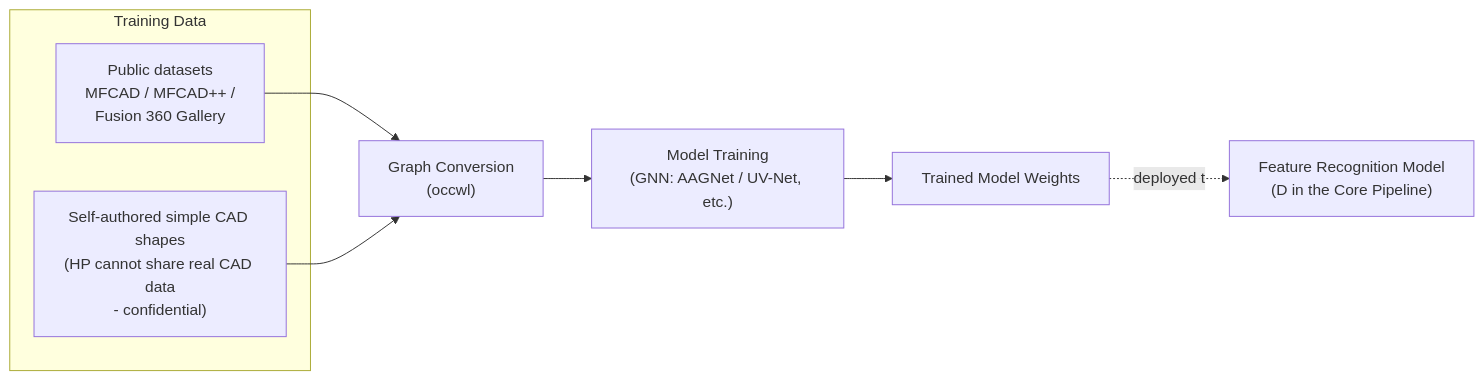
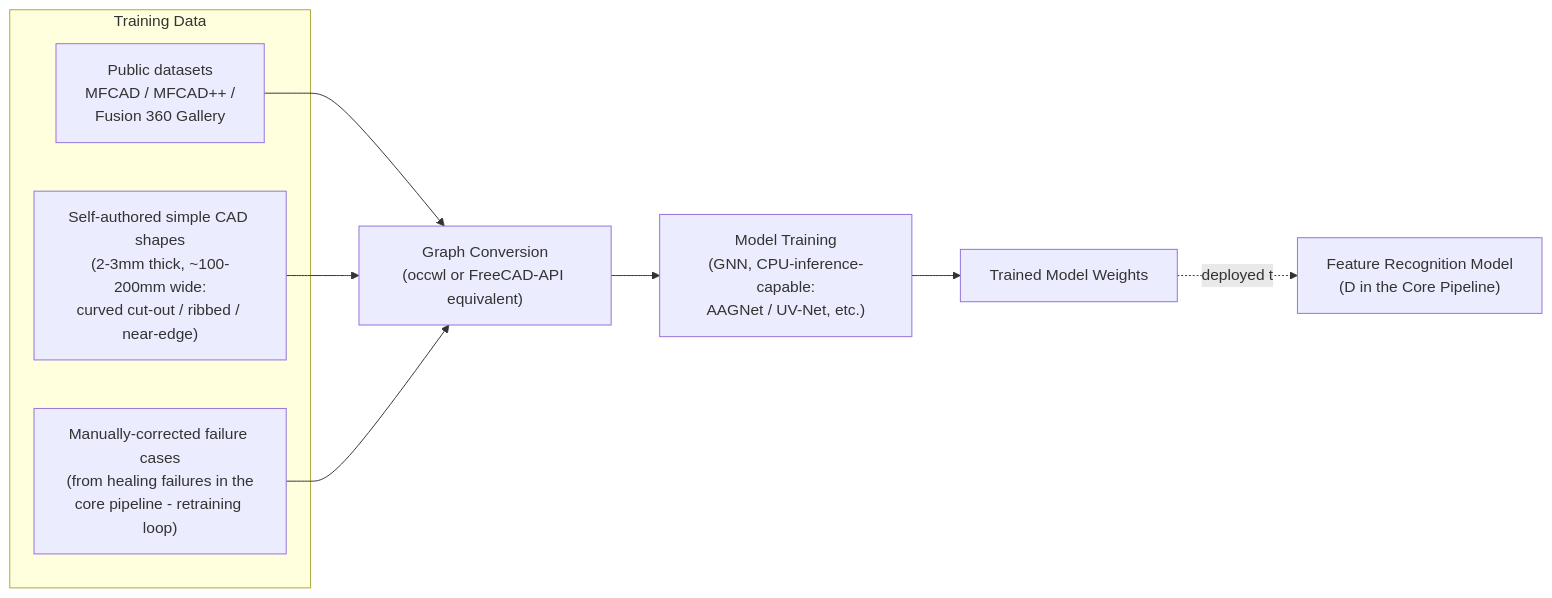
One commit to Junoh-Lee111/CapstoneProject-HP-Mold-Part-Defeaturing changed the second of 2 diagrams in docs/architecture.md. Above: the diagram before and after it, drawn with Mermaid. The commit also changed other lines of this file and 8 other files, not shown here.

````diff
--- a/docs/architecture.md
+++ b/docs/architecture.md
@@ -49,15 +51,17 @@
 ```mermaid
 flowchart LR
     subgraph DATA["Training Data"]
         K1["Public datasets\nMFCAD / MFCAD++ /\nFusion 360 Gallery"]
-        K2["Self-authored simple CAD shapes\n(HP cannot share real CAD data\n- confidential)"]
+        K2["Self-authored simple CAD shapes\n(2-3mm thick, ~100-200mm wide:\ncurved cut-out / ribbed / near-edge)"]
+        K3["Manually-corrected failure cases\n(from healing failures in the\ncore pipeline - retraining loop)"]
     end
-    L["Graph Conversion\n(occwl)"]
-    M["Model Training\n(GNN: AAGNet / UV-Net, etc.)"]
+    L["Graph Conversion\n(occwl or FreeCAD-API equivalent)"]
+    M["Model Training\n(GNN, CPU-inference-capable:\nAAGNet / UV-Net, etc.)"]
     N["Trained Model Weights"]
 
     K1 --> L
     K2 --> L
+    K3 --> L
     L --> M --> N
     N -.deployed to.-> D2["Feature Recognition Model\n(D in the Core Pipeline)"]
 ```
````
